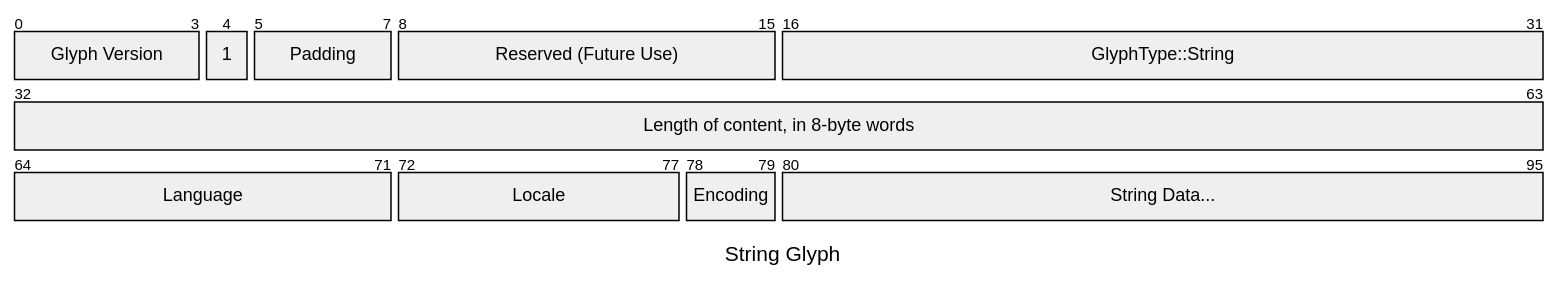
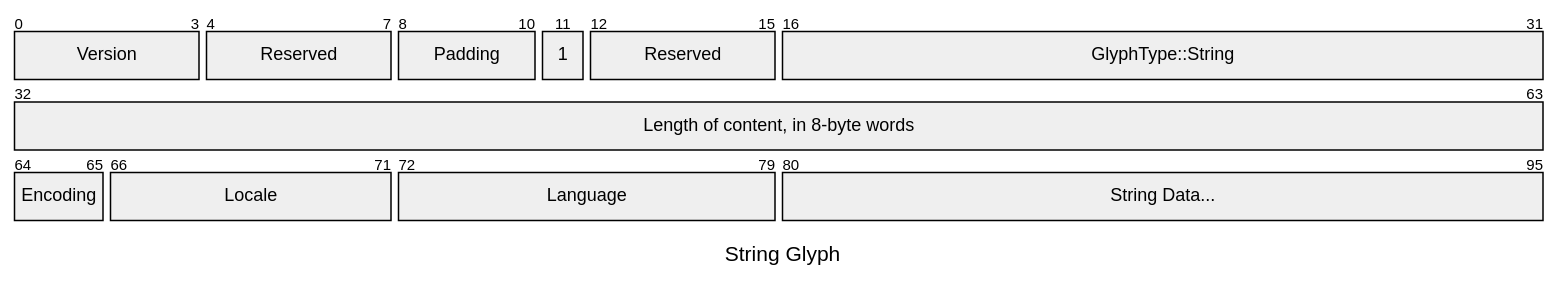
The eighth of 15 diagrams in src/binary_formats.md (elara-themica/glifs-contributor-guide), drawn with Mermaid before and after one commit. The commit also changed other lines of this file, not shown here.

````diff
--- a/src/binary_formats.md
+++ b/src/binary_formats.md
@@ -178,16 +207,17 @@
 ```mermaid
 ---
 title: "String Glyph"
 ---
 packet-beta
-0-3: "Glyph Version"
-4: "1"
-5-7: "Padding"
-8-15: "Reserved (Future Use)"
+0-3: "Version"
+4-7: "Reserved"
+8-10: "Padding"
+11: "1"
+12-15: "Reserved"
 16-31: "GlyphType::String"
 32-63: "Length of content, in 8-byte words"
-64-71: "Language"
-72-77: "Locale"
-78-79: "Encoding"
+64-65: "Encoding"
+66-71: "Locale"
+72-79: "Language"
 80-95: "String Data..."
 ```
````
